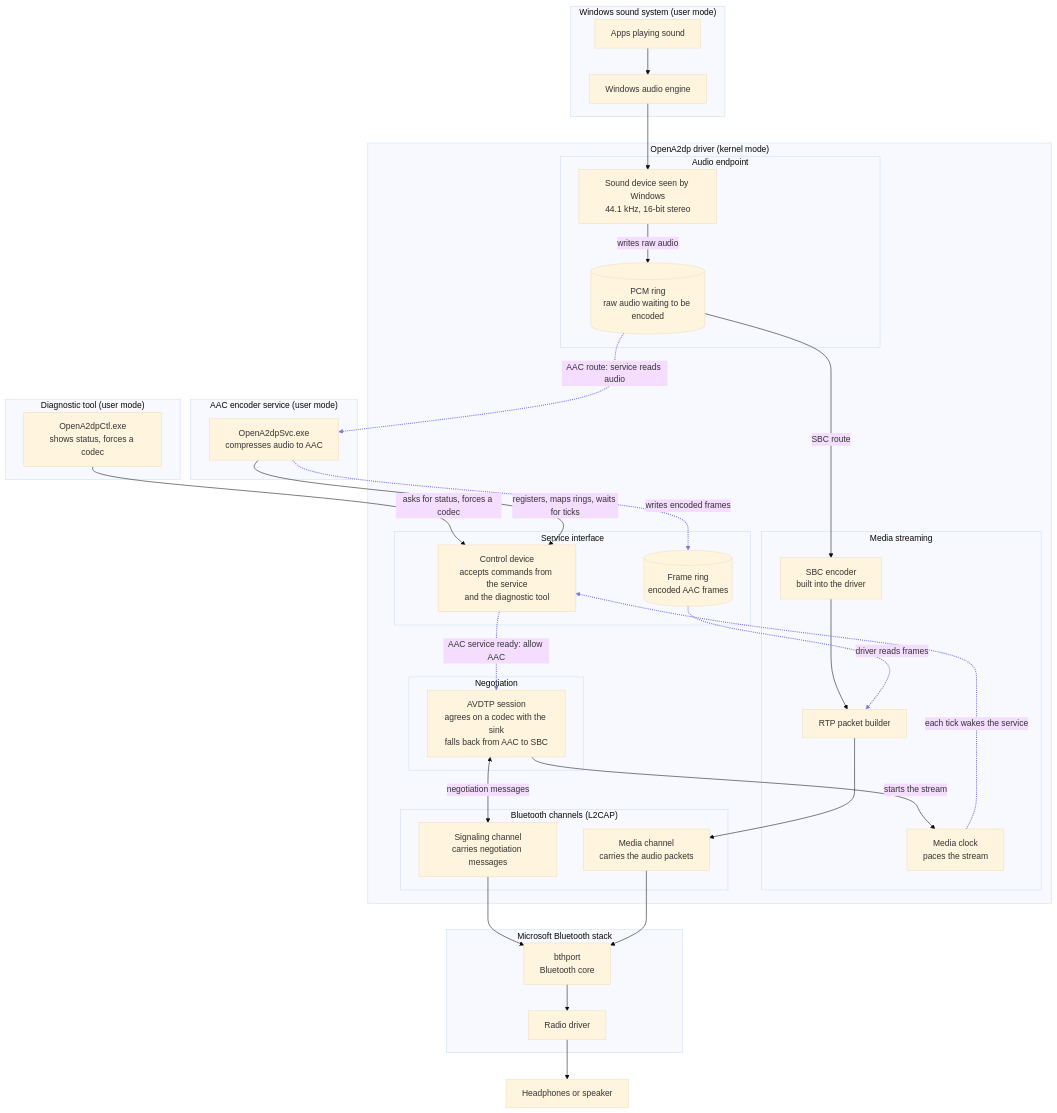
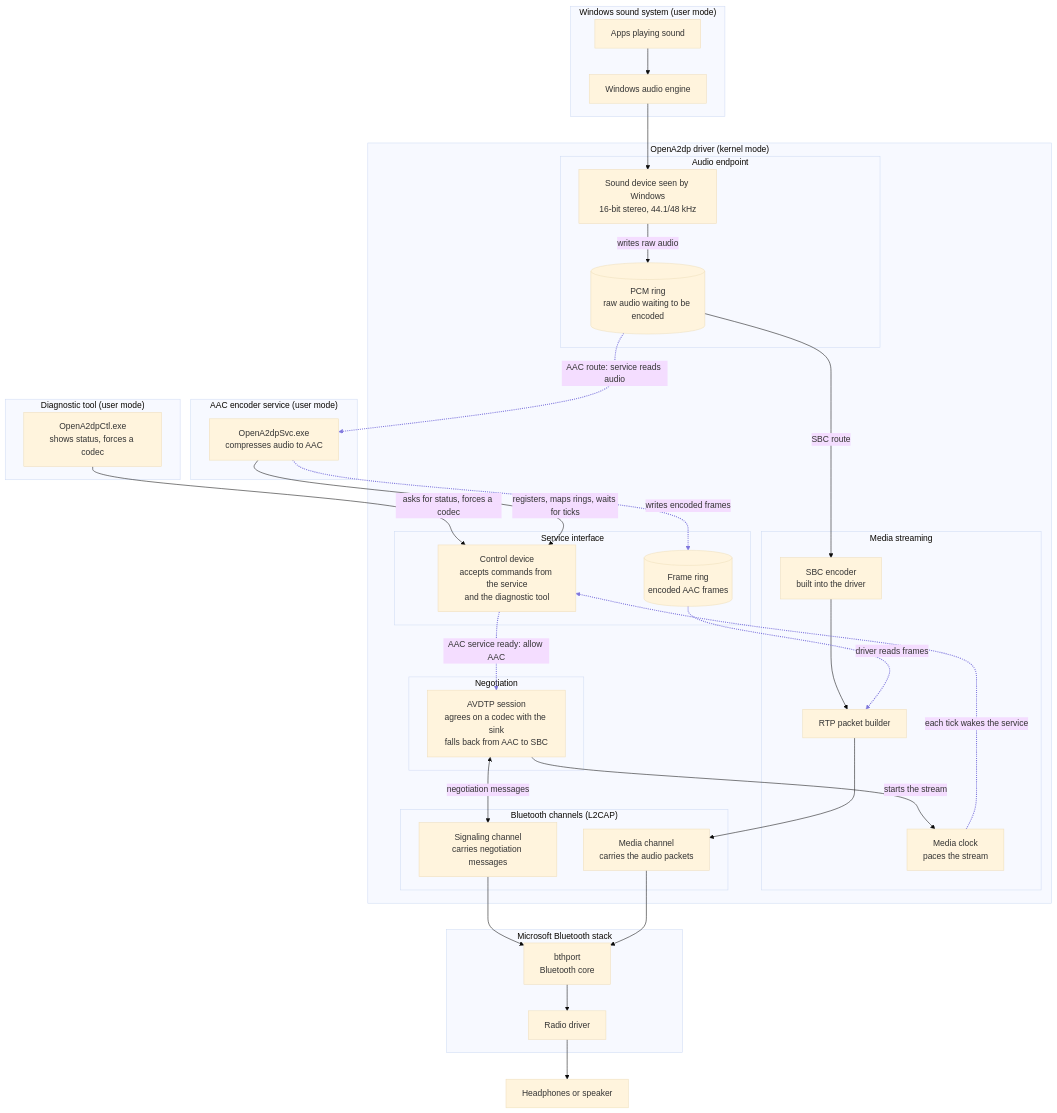
Before and after one commit to giovanni-bozzano/open-a2dp: the diagram in docs/architecture/Overview.md, drawn with Mermaid (base theme). The commit also changed 21 other files, not shown here.

````diff
--- a/docs/architecture/Overview.md
+++ b/docs/architecture/Overview.md
@@ -26,72 +26,72 @@
 ```mermaid
 flowchart TD
     subgraph WIN["Windows sound system (user mode)"]
         APP["Apps playing sound"]
         AE["Windows audio engine"]
     end
 
     subgraph AACSVC["AAC encoder service (user mode)"]
         SVC["OpenA2dpSvc.exe<br/>compresses audio to AAC"]
     end
 
     subgraph TOOL["Diagnostic tool (user mode)"]
         CLI["OpenA2dpCtl.exe<br/>shows status, forces a codec"]
     end
 
     subgraph DRV["OpenA2dp driver (kernel mode)"]
         subgraph AUD["Audio endpoint"]
-            ACX["Sound device seen by Windows<br/>44.1 kHz, 16-bit stereo"]
+            ACX["Sound device seen by Windows<br/>16-bit stereo, 44.1/48 kHz"]
             PCM[("PCM ring<br/>raw audio waiting to be encoded")]
         end
 
         subgraph NEG["Negotiation"]
             SES["AVDTP session<br/>agrees on a codec with the sink<br/>falls back from AAC to SBC"]
         end
 
         subgraph STR["Media streaming"]
             CLK["Media clock<br/>paces the stream"]
             SBC["SBC encoder<br/>built into the driver"]
             RTP["RTP packet builder"]
         end
 
         subgraph SVI["Service interface"]
             CTL["Control device<br/>accepts commands from the service<br/>and the diagnostic tool"]
             FR[("Frame ring<br/>encoded AAC frames")]
         end
 
         subgraph CHN["Bluetooth channels (L2CAP)"]
             SCH["Signaling channel<br/>carries negotiation messages"]
             MCH["Media channel<br/>carries the audio packets"]
         end
     end
 
     subgraph MS["Microsoft Bluetooth stack"]
         BTH["bthport<br/>Bluetooth core"]
         RAD["Radio driver"]
     end
 
     HP["Headphones or speaker"]
 
     APP --> AE --> ACX
     ACX -->|writes raw audio| PCM
     PCM -->|SBC route| SBC
     SBC --> RTP
     PCM -.->|AAC route: service reads audio| SVC
     SVC -.->|writes encoded frames| FR
     FR -.->|driver reads frames| RTP
 
     SES -->|starts the stream| CLK
     SES <-->|negotiation messages| SCH
     RTP --> MCH
 
     SCH --> BTH
     MCH --> BTH
     BTH --> RAD --> HP
 
     CLI -->|asks for status, forces a codec| CTL
     SVC -->|registers, maps rings, waits for ticks| CTL
     CTL -.->|AAC service ready: allow AAC| SES
     CLK -.->|each tick wakes the service| CTL
 
     linkStyle 5,6,7,17,18 stroke:#7F77DD,stroke-width:2px
 ```
````
